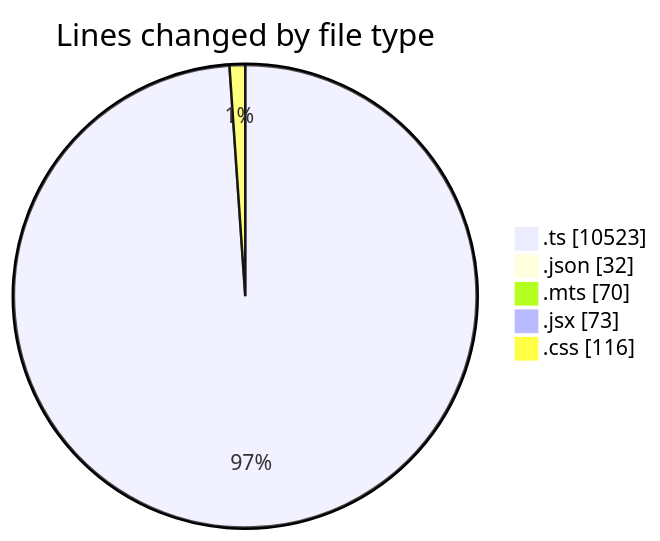
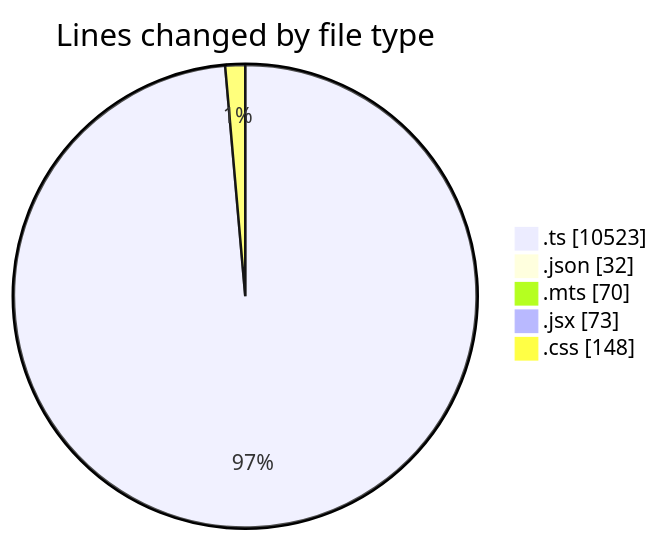
One commit to Ritupan-Deka/code-tracking changed the first of 2 diagrams in 2025-05-25/projects/README.md. Above: the diagram before and after it, drawn with Mermaid. The commit also changed other lines of this file and 1 other file, not shown here.

````diff
--- a/2025-05-25/projects/README.md
+++ b/2025-05-25/projects/README.md
@@ -51,9 +51,9 @@
 ```mermaid
 pie showData
 title Lines changed by file type
 ".ts" : 10523
 ".json" : 32
 ".mts" : 70
 ".jsx" : 73
-".css" : 116
+".css" : 148
 ```
````
